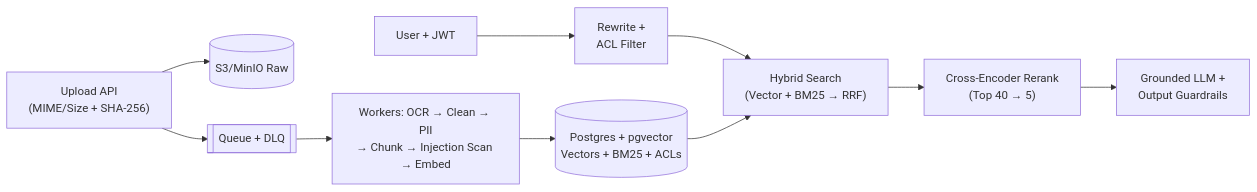
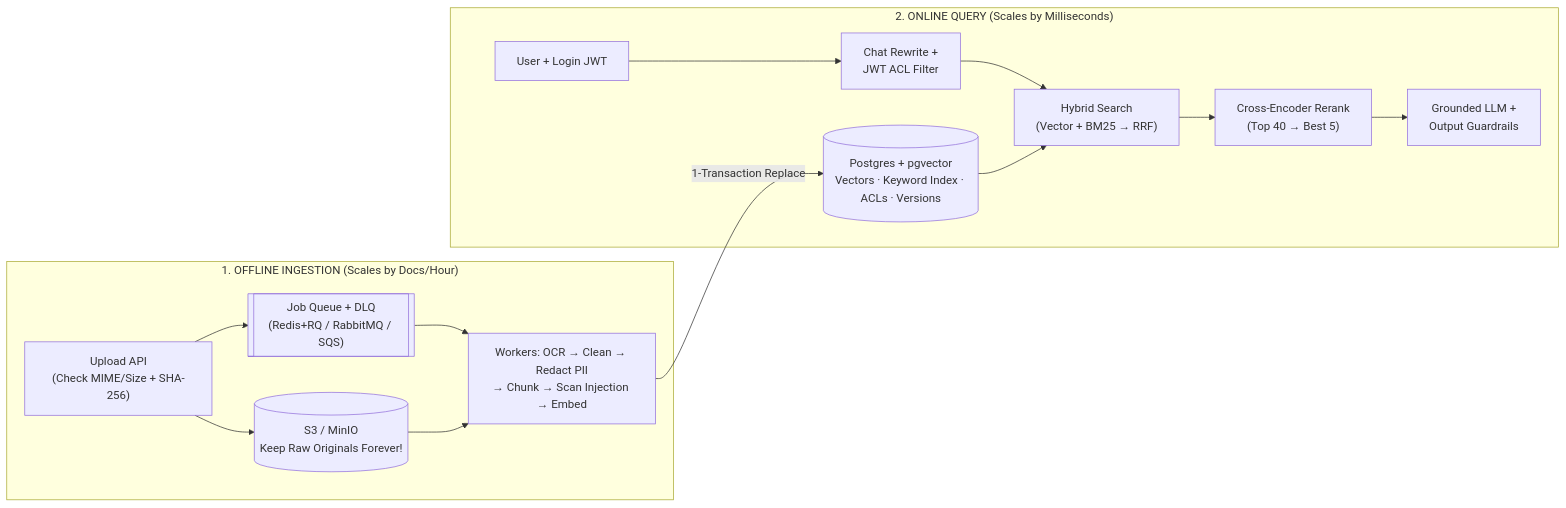
Before and after one commit to pankajspace/ai-bootcamp: the first of 3 diagrams in study-material/01-production-rag/QUICK_REVISION.md, drawn with Mermaid. The commit also changed other lines of this file and 2 other files, not shown here.

````diff
--- a/study-material/01-production-rag/QUICK_REVISION.md
+++ b/study-material/01-production-rag/QUICK_REVISION.md
@@ -19,7 +26,17 @@
 ```mermaid
 flowchart LR
-    UP["Upload API\n(MIME/Size + SHA-256)"] --> S3[("S3/MinIO Raw")] & Q[["Queue + DLQ"]]
-    Q --> W["Workers: OCR → Clean → PII\n→ Chunk → Injection Scan → Embed"] --> DB[("Postgres + pgvector\nVectors + BM25 + ACLs")]
-    U["User + JWT"] --> RW["Rewrite +\nACL Filter"] --> HYB["Hybrid Search\n(Vector + BM25 → RRF)"]
-    DB --> HYB --> RR["Cross-Encoder Rerank\n(Top 40 → 5)"] --> LLM["Grounded LLM +\nOutput Guardrails"]
+    subgraph ING["1. OFFLINE INGESTION (Scales by Docs/Hour)"]
+        UP["Upload API\n(Check MIME/Size + SHA-256)"] --> S3[("S3 / MinIO\nKeep Raw Originals Forever!")]
+        UP --> Q[["Job Queue + DLQ\n(Redis+RQ / RabbitMQ / SQS)"]]
+        Q --> W["Workers: OCR → Clean → Redact PII\n→ Chunk → Scan Injection → Embed"]
+        S3 --> W
+    end
+    DB[("Postgres + pgvector\nVectors · Keyword Index · ACLs · Versions")]
+    W -- "1-Transaction Replace" --> DB
+    subgraph QRY["2. ONLINE QUERY (Scales by Milliseconds)"]
+        U["User + Login JWT"] --> RW["Chat Rewrite +\nJWT ACL Filter"]
+        RW --> HYB["Hybrid Search\n(Vector + BM25 → RRF)"]
+        DB --> HYB
+        HYB --> RR["Cross-Encoder Rerank\n(Top 40 → Best 5)"] --> GEN["Grounded LLM +\nOutput Guardrails"]
+    end
 ```
````
